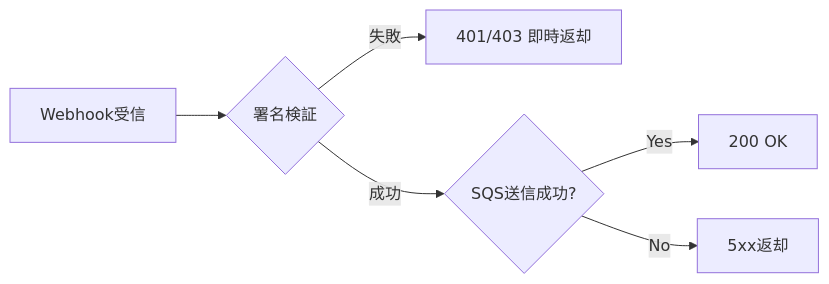
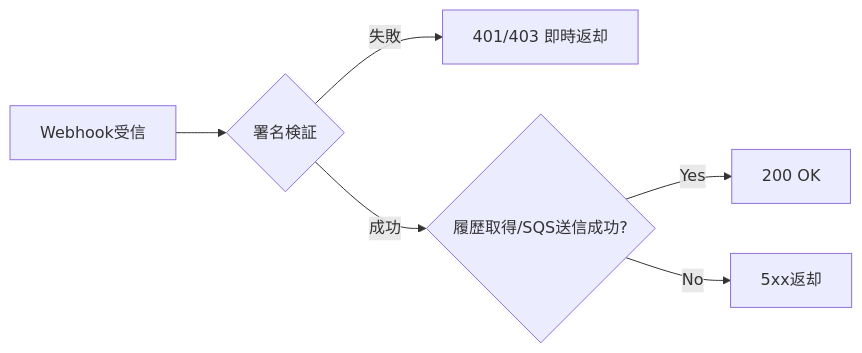
The ninth of 10 diagrams in docs/details/process-flow.md (Asheze1127/progress-checker), drawn with Mermaid before and after one commit. The commit also changed other lines of this file, not shown here.

Commit message:
update process flow

````diff
--- a/docs/details/process-flow.md
+++ b/docs/details/process-flow.md
@@ -221,8 +224,8 @@
 ```mermaid
 flowchart LR
     A[Webhook受信] --> B{署名検証}
     B -->|失敗| C[401/403 即時返却]
-    B -->|成功| D{SQS送信成功?}
+    B -->|成功| D{履歴取得/SQS送信成功?}
     D -->|Yes| E[200 OK]
     D -->|No| F[5xx返却]
 ```
````
